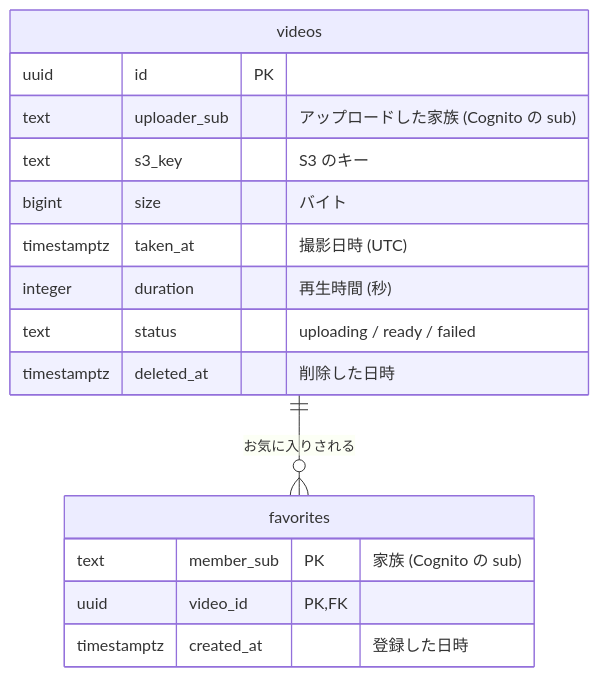
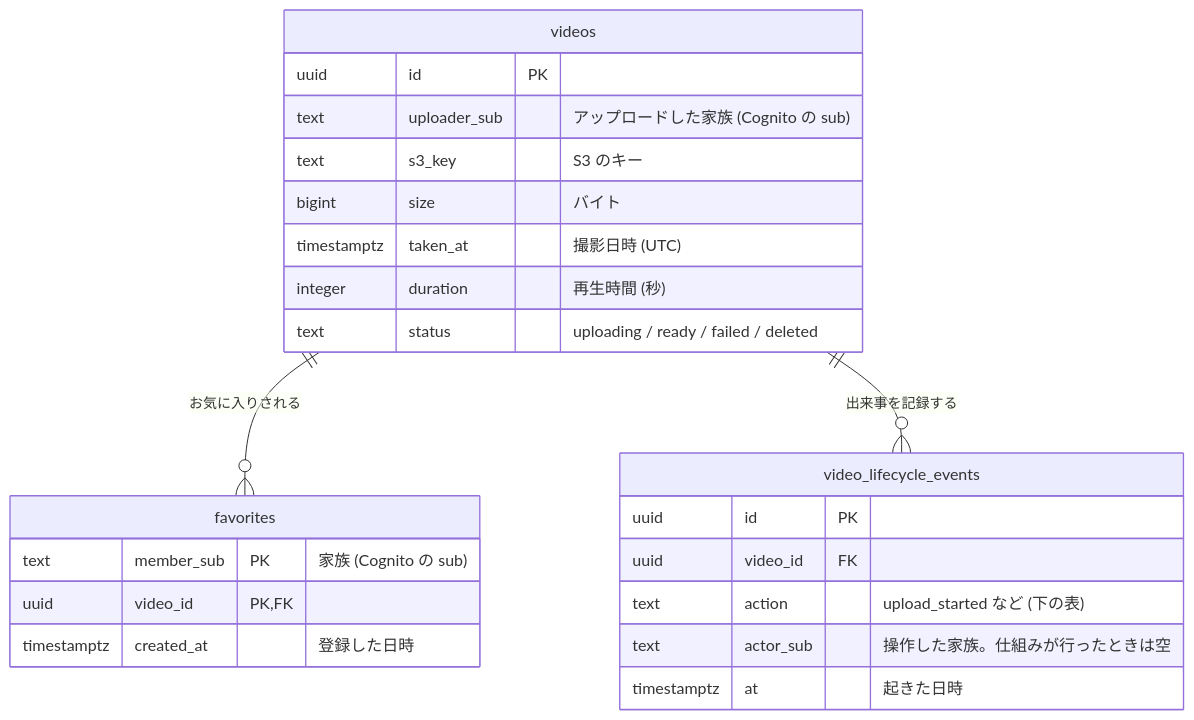
One commit to Inouey1008/family-video changed the first of 2 diagrams in docs/specs/data.md. Above: the diagram before and after it, drawn with Mermaid. The commit also changed other lines of this file and 2 other files, not shown here.

Commit message:
docs: 動画の状態の遷移を video_lifecycle_events に記録し、deleted_at をなくす

````diff
--- a/docs/specs/data.md
+++ b/docs/specs/data.md
@@ -9,19 +9,26 @@
 ```mermaid
 erDiagram
   videos ||--o{ favorites : "お気に入りされる"
+  videos ||--o{ video_lifecycle_events : "出来事を記録する"
   videos {
     uuid id PK
     text uploader_sub "アップロードした家族 (Cognito の sub)"
     text s3_key "S3 のキー"
     bigint size "バイト"
     timestamptz taken_at "撮影日時 (UTC)"
     integer duration "再生時間 (秒)"
-    text status "uploading / ready / failed"
-    timestamptz deleted_at "削除した日時"
+    text status "uploading / ready / failed / deleted"
   }
   favorites {
     text member_sub PK "家族 (Cognito の sub)"
     uuid video_id PK, FK
     timestamptz created_at "登録した日時"
   }
+  video_lifecycle_events {
+    uuid id PK
+    uuid video_id FK
+    text action "upload_started など (下の表)"
+    text actor_sub "操作した家族。仕組みが行ったときは空"
+    timestamptz at "起きた日時"
+  }
 ```
````
